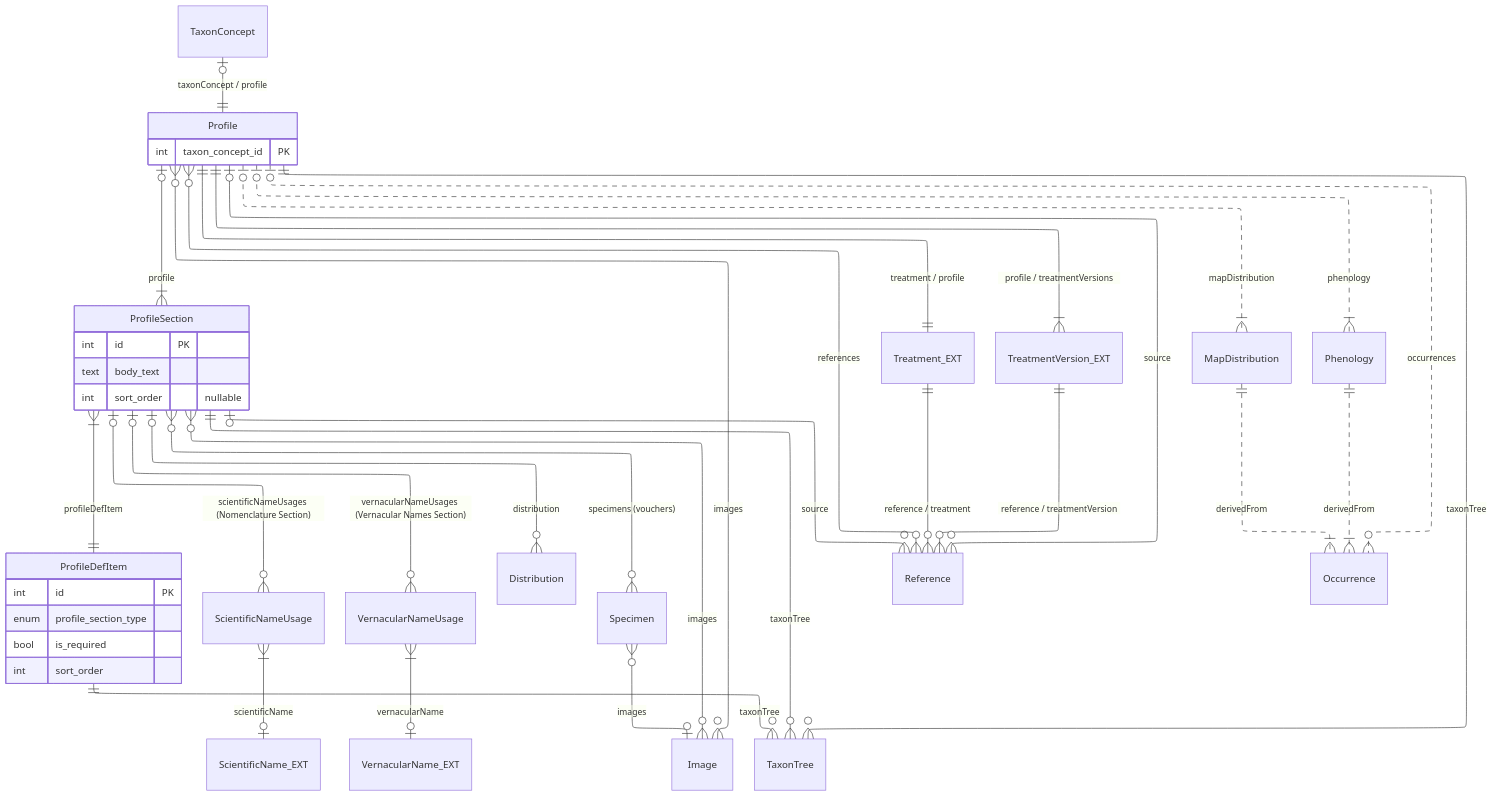
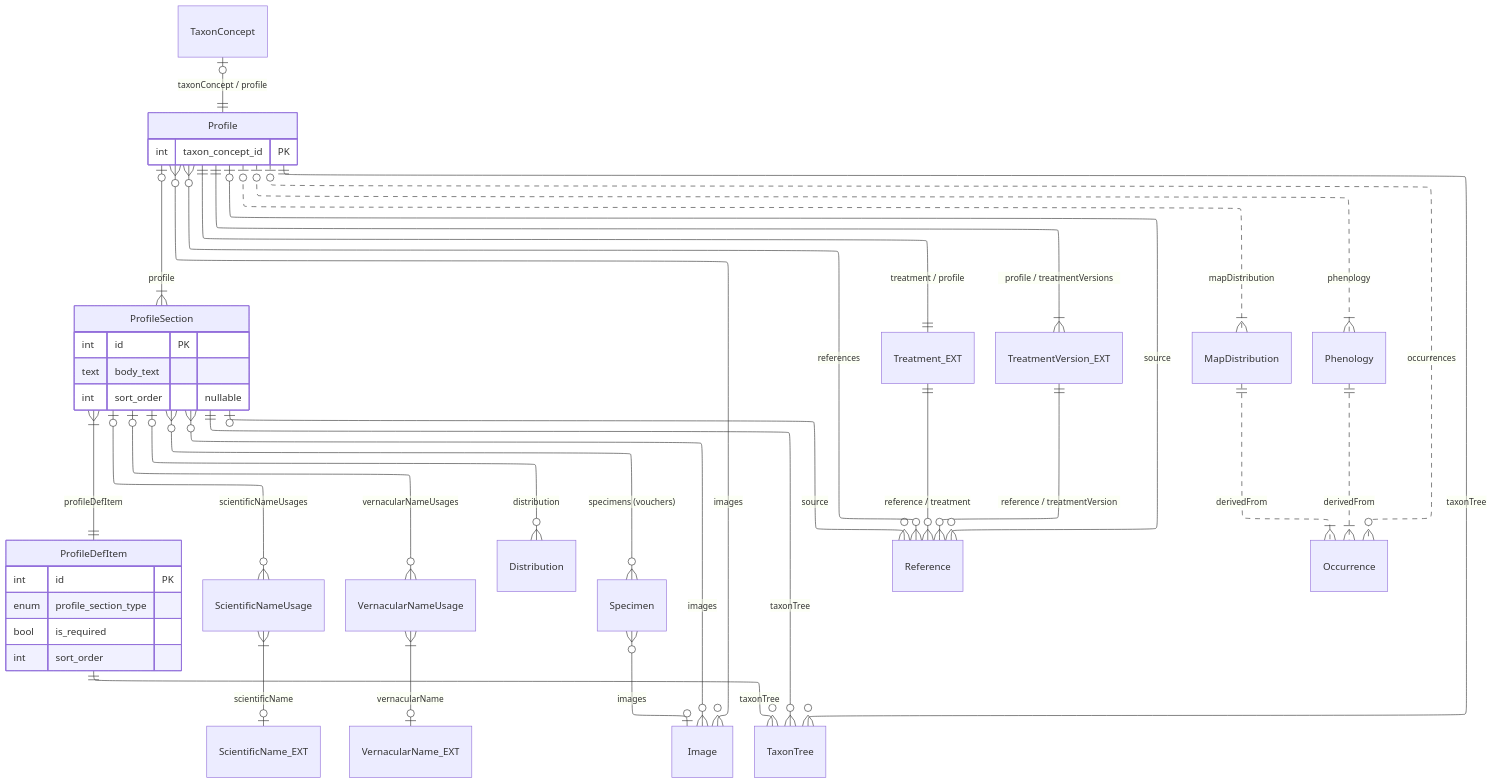
Before and after one commit to vicflora/vicflora-docs: the diagram in source/_mermaid/layer-5a-profile.mmd, drawn with Mermaid.

Commit message:
Commit uncommitted  changes before deployment

```diff
--- a/source/_mermaid/layer-5a-profile.mmd
+++ b/source/_mermaid/layer-5a-profile.mmd
@@ -1,68 +1,68 @@
 ---
 config:
     layout: elk
 ---
 erDiagram
   TaxonConcept |o--|| Profile : "taxonConcept / profile"
 
   %% Sections
   Profile |o--|{ ProfileSection : "profile"
   ProfileSection }|--|| ProfileDefItem : "profileDefItem"
 
   %% Nomenclature
-  ProfileSection |o--o{ ScientificNameUsage : "scientificNameUsages (Nomenclature Section)"
+  ProfileSection |o--o{ ScientificNameUsage : "scientificNameUsages"
   ScientificNameUsage }|--o| ScientificName_EXT : "scientificName"
 
   %% Vernacular names
-  ProfileSection |o--o{ VernacularNameUsage : "vernacularNameUsages (Vernacular Names Section)"
+  ProfileSection |o--o{ VernacularNameUsage : "vernacularNameUsages"
   VernacularNameUsage }|--o| VernacularName_EXT : "vernacularName"
 
 
   %% Distribution
   ProfileSection |o--o{ Distribution : "distribution"
 
   %% Vouchers
   ProfileSection }o--o{ Specimen : "specimens (vouchers)"
   Specimen }o--o| Image : "images"
 
   %% Media
   Profile }o--o{ Image : "images"
   ProfileSection }o--o{ Image : "images"
 
   %% References
   ProfileSection |o--o{ Reference : "source"
   Profile ||--|| Treatment_EXT : "treatment / profile"
   Treatment_EXT ||--o{ Reference : "reference / treatment" 
   Profile ||--|{ TreatmentVersion_EXT : "profile / treatmentVersions"
   TreatmentVersion_EXT ||--o{ Reference : "reference / treatmentVersion"
   Profile |o--o{ Reference : "source"
   Profile }o--o{ Reference : "references"
 
   %% Namespace
   Profile ||--o{ TaxonTree : "taxonTree"
   ProfileSection ||--o{ TaxonTree : "taxonTree"
   ProfileDefItem ||--o{ TaxonTree : "taxonTree"
 
   %% Maps
   Profile |o..o{ Occurrence : "occurrences"
   Profile |o..|{ MapDistribution : "mapDistribution"
   Profile |o..|{ Phenology : "phenology"
   MapDistribution ||..|{ Occurrence : "derivedFrom"
   Phenology ||..|{ Occurrence : "derivedFrom"
 
   Profile {
     int taxon_concept_id PK
   }
 
   ProfileDefItem {
     int id PK
     enum profile_section_type
     bool is_required
     int sort_order
   }
 
   ProfileSection {
     int id PK
     text body_text
     int sort_order "nullable"
   }
```
